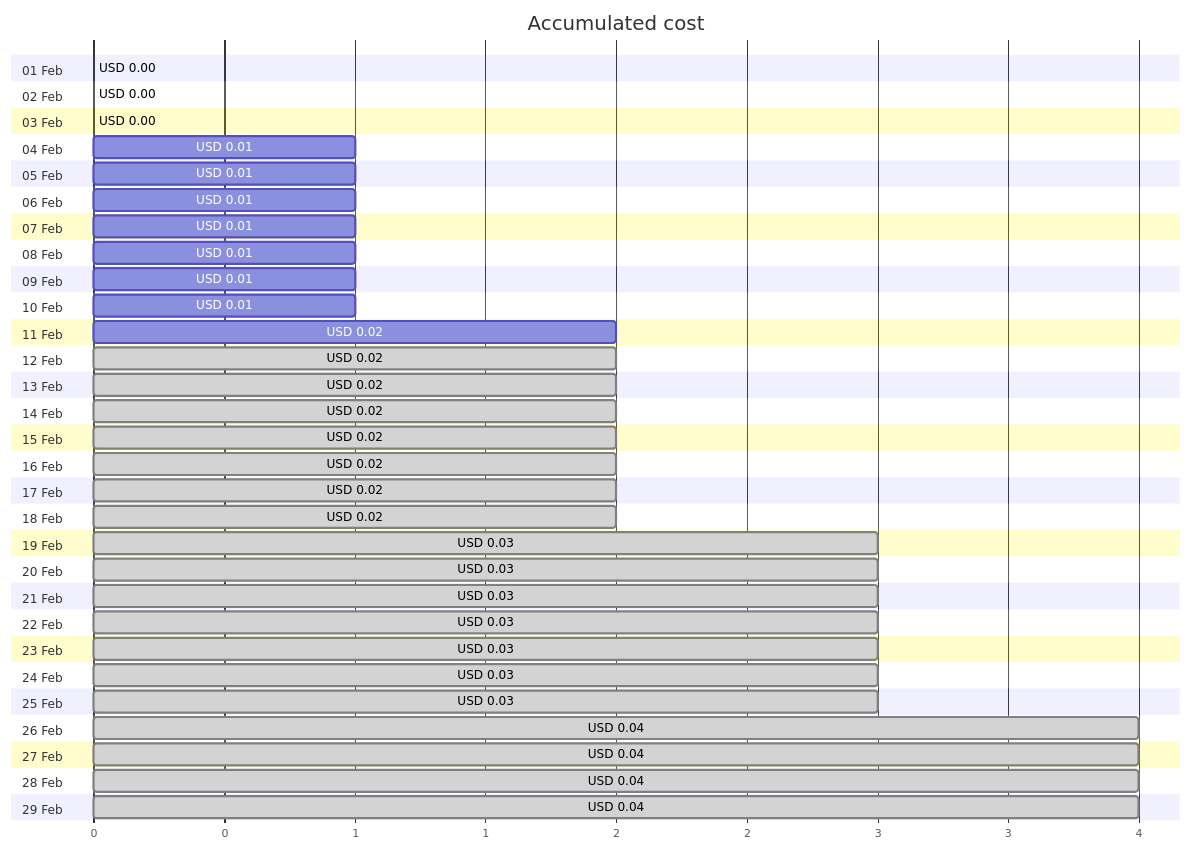
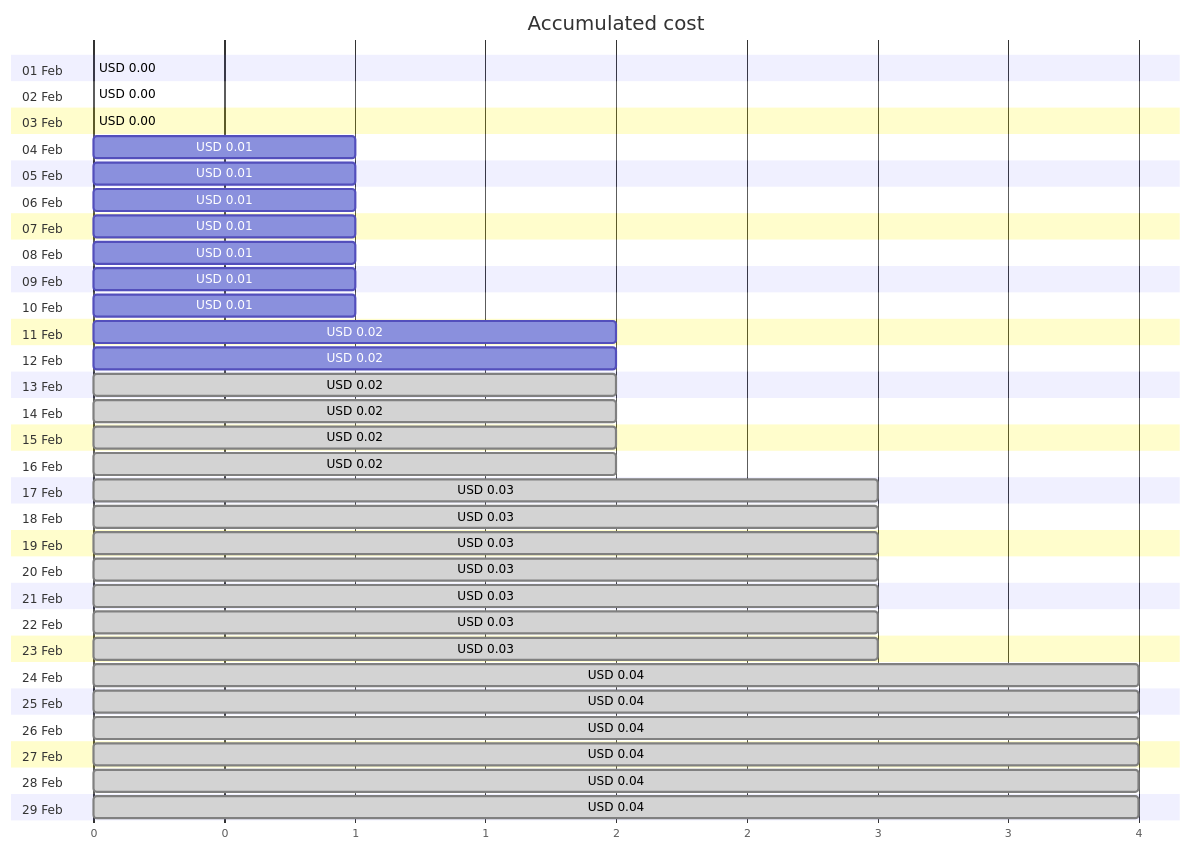
One commit to jpfulton/azure-personal-reports changed the first of 4 diagrams in cost-reports/personal-site/personalsiteapistorage.md. Above: the diagram before and after it, drawn with Mermaid. The commit also changed other lines of this file and 6 other files, not shown here.

````diff
--- a/cost-reports/personal-site/personalsiteapistorage.md
+++ b/cost-reports/personal-site/personalsiteapistorage.md
@@ -20,64 +20,64 @@
 ```mermaid
 gantt
    title Accumulated cost
    dateFormat  X
    axisFormat %s
    section 01 Feb
    USD 0.00 :0, 0
    section 02 Feb
    USD 0.00 :0, 0
    section 03 Feb
    USD 0.00 :0, 0
    section 04 Feb
    USD 0.01 :0, 1
    section 05 Feb
    USD 0.01 :0, 1
    section 06 Feb
    USD 0.01 :0, 1
    section 07 Feb
    USD 0.01 :0, 1
    section 08 Feb
    USD 0.01 :0, 1
    section 09 Feb
    USD 0.01 :0, 1
    section 10 Feb
    USD 0.01 :0, 1
    section 11 Feb
    USD 0.02 :0, 2
    section 12 Feb
-   USD 0.02 : done, 0, 2
+   USD 0.02 :0, 2
    section 13 Feb
    USD 0.02 : done, 0, 2
    section 14 Feb
    USD 0.02 : done, 0, 2
    section 15 Feb
    USD 0.02 : done, 0, 2
    section 16 Feb
    USD 0.02 : done, 0, 2
    section 17 Feb
-   USD 0.02 : done, 0, 2
+   USD 0.03 : done, 0, 3
    section 18 Feb
-   USD 0.02 : done, 0, 2
+   USD 0.03 : done, 0, 3
    section 19 Feb
    USD 0.03 : done, 0, 3
    section 20 Feb
    USD 0.03 : done, 0, 3
    section 21 Feb
    USD 0.03 : done, 0, 3
    section 22 Feb
    USD 0.03 : done, 0, 3
    section 23 Feb
    USD 0.03 : done, 0, 3
    section 24 Feb
-   USD 0.03 : done, 0, 3
+   USD 0.04 : done, 0, 4
    section 25 Feb
-   USD 0.03 : done, 0, 3
+   USD 0.04 : done, 0, 4
    section 26 Feb
    USD 0.04 : done, 0, 4
    section 27 Feb
    USD 0.04 : done, 0, 4
    section 28 Feb
    USD 0.04 : done, 0, 4
    section 29 Feb
    USD 0.04 : done, 0, 4
 ```
````
